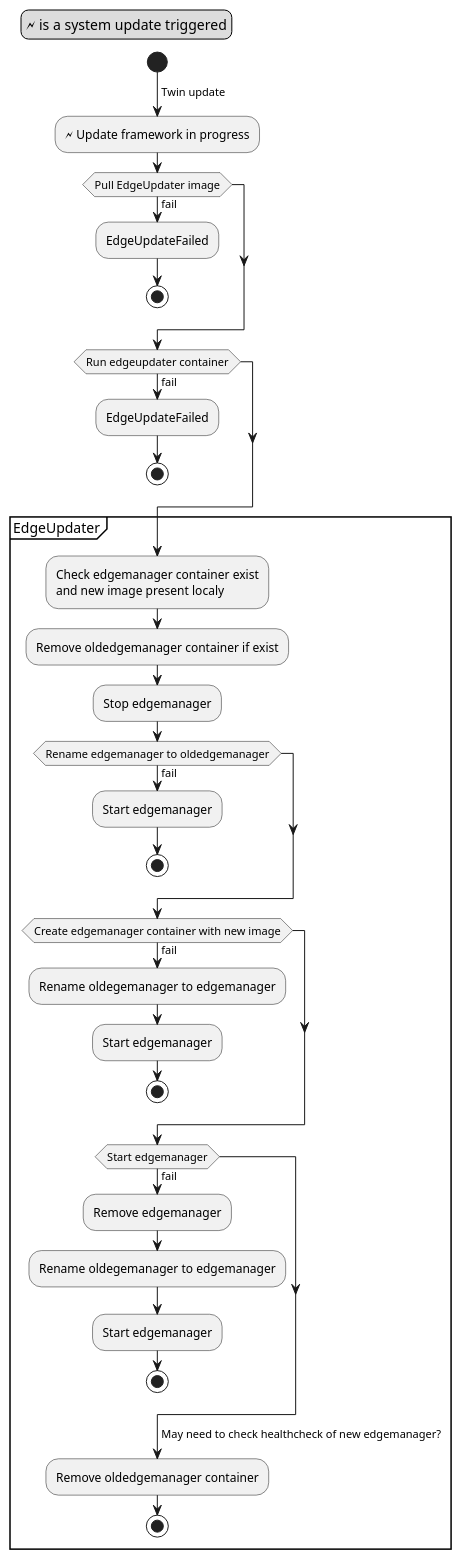
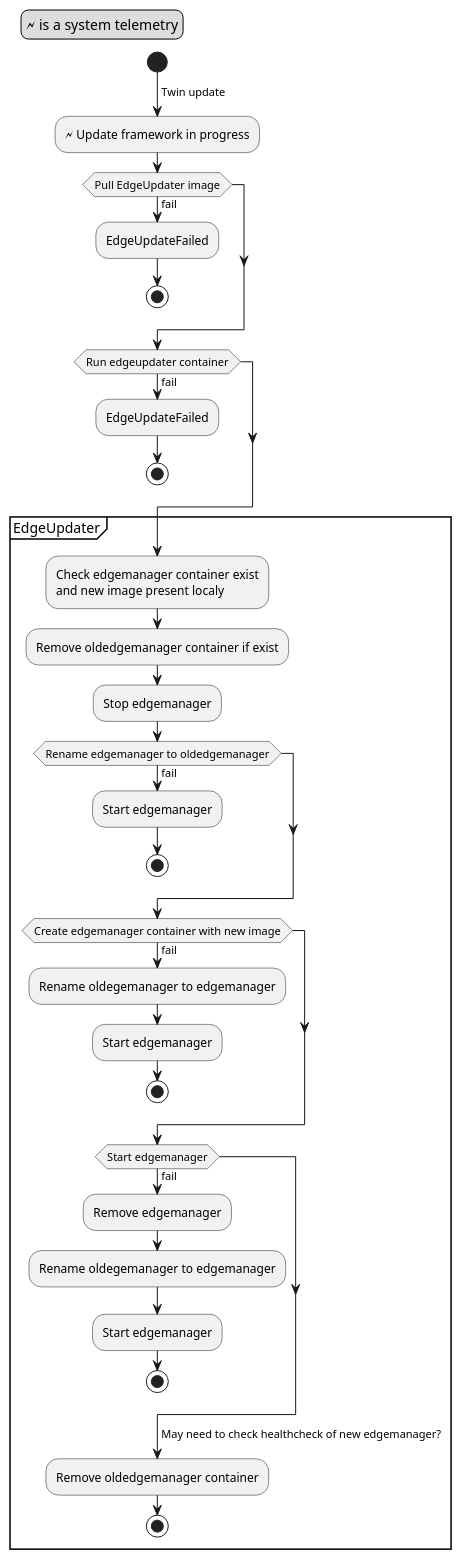
Before and after one commit to se-edge/framework-diagrams: the diagram in UseCases/Update-framework/Update-framework.activity.puml, drawn with PlantUML.

```diff
--- a/UseCases/Update-framework/Update-framework.activity.puml
+++ b/UseCases/Update-framework/Update-framework.activity.puml
@@ -1,42 +1,42 @@
 @startuml
 legend top left
-🗲 is a system update triggered
+🗲 is a system telemetry
 endlegend
 
 start
 -> Twin update;
 :🗲 Update framework in progress;
 if (Pull EdgeUpdater image) then (fail)
     :EdgeUpdateFailed;
     stop
 endif
 if (Run edgeupdater container) then (fail)
     :EdgeUpdateFailed;
     stop
 endif
 
 partition EdgeUpdater {
     :Check edgemanager container exist
     and new image present localy;
     :Remove oldedgemanager container if exist;
     :Stop edgemanager;
     if (Rename edgemanager to oldedgemanager) then (fail)
         :Start edgemanager;
         stop
     endif
     if (Create edgemanager container with new image) then (fail)
         :Rename oldegemanager to edgemanager;
         :Start edgemanager;
         stop
     endif
     if (Start edgemanager) then (fail)
         :Remove edgemanager;
         :Rename oldegemanager to edgemanager;
         :Start edgemanager;
         stop
     endif
     ->May need to check healthcheck of new edgemanager?;
     :Remove oldedgemanager container;
     stop
 }
 @enduml
```
